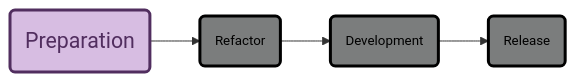
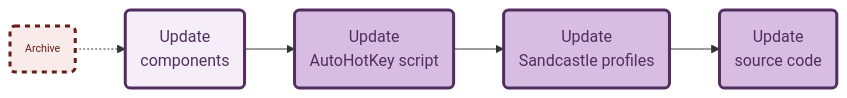
One commit to spectrum-health-systems/tingen-documentation changed the third of 8 diagrams in Development/Workflows/workflows.md. Above: the diagram before and after it, drawn with Mermaid. The commit also changed other lines of this file, not shown here.

````diff
--- a/Development/Workflows/workflows.md
+++ b/Development/Workflows/workflows.md
@@ -66,15 +90,17 @@
-```mermaid
-flowchart LR
-  %% Components
-  Preparation@{shape: rounded, label: "Preparation"}
-  Refactor@{shape: rounded, label: "Refactor"}
-  Development@{shape: rounded, label: "Development"}
-  Release@{shape: rounded, label: "Release"}
-  %% Layout
-  Preparation:::S01 --> Refactor:::S02 --> Development:::S02 --> Release:::S02
-  %% Styles
-  classDef S01 stroke:#512e5f,stroke-width:3px,fill:#d7bde2,color:#512e5f,font-size:16pt
-  classDef S02 stroke:#000000,stroke-width:3px,fill:#7b7d7d,color:#000000,font-size:10pt
-  class Preparation Preparation
-  class Refactor,Development,Release GreyedOut
-```
+  ```mermaid
+  flowchart LR
+    %% Components
+    Archive@{shape: rounded, label: "Archive"}
+    UpdateComponents@{shape: rounded, label: "Update\ncomponents"}
+    UpdateAutoHotKey@{shape: rounded, label: "Update\nAutoHotKey script"}
+    UpdateSandCastleProfiles@{shape: rounded, label: "Update\nSandcastle profiles"}
+    UpdateSourceCode@{shape: rounded, label: "Update\nsource code"}
+    %% Layout
+    Archive:::R5_ -.->UpdateComponents:::P5_ --> UpdateAutoHotKey:::P6_ --> UpdateSandCastleProfiles:::P6_ -->  UpdateSourceCode:::P6_
+    %% Styles
+    classDef R5_ stroke:#641e16,stroke-width:3px,stroke-dasharray: 5 5,fill:#f9ebea,color:#641e16,font-size:8pt
+    classDef P5_ stroke:#512e5f,stroke-width:3px,fill:#f5eef8,color:#512e5f
+    classDef P6_ stroke:#512e5f,stroke-width:3px,fill:#d7bde2,color:#512e5f
+    %% Styles - Global
+    classDef Hidden display: none;
+  ```
````
